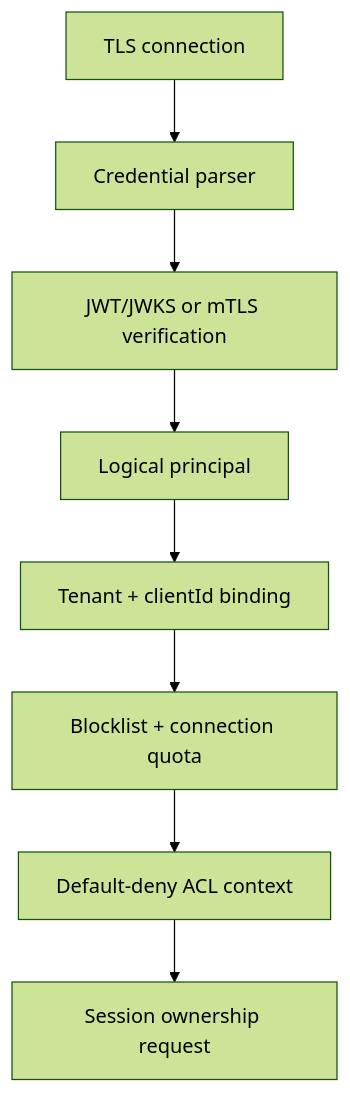
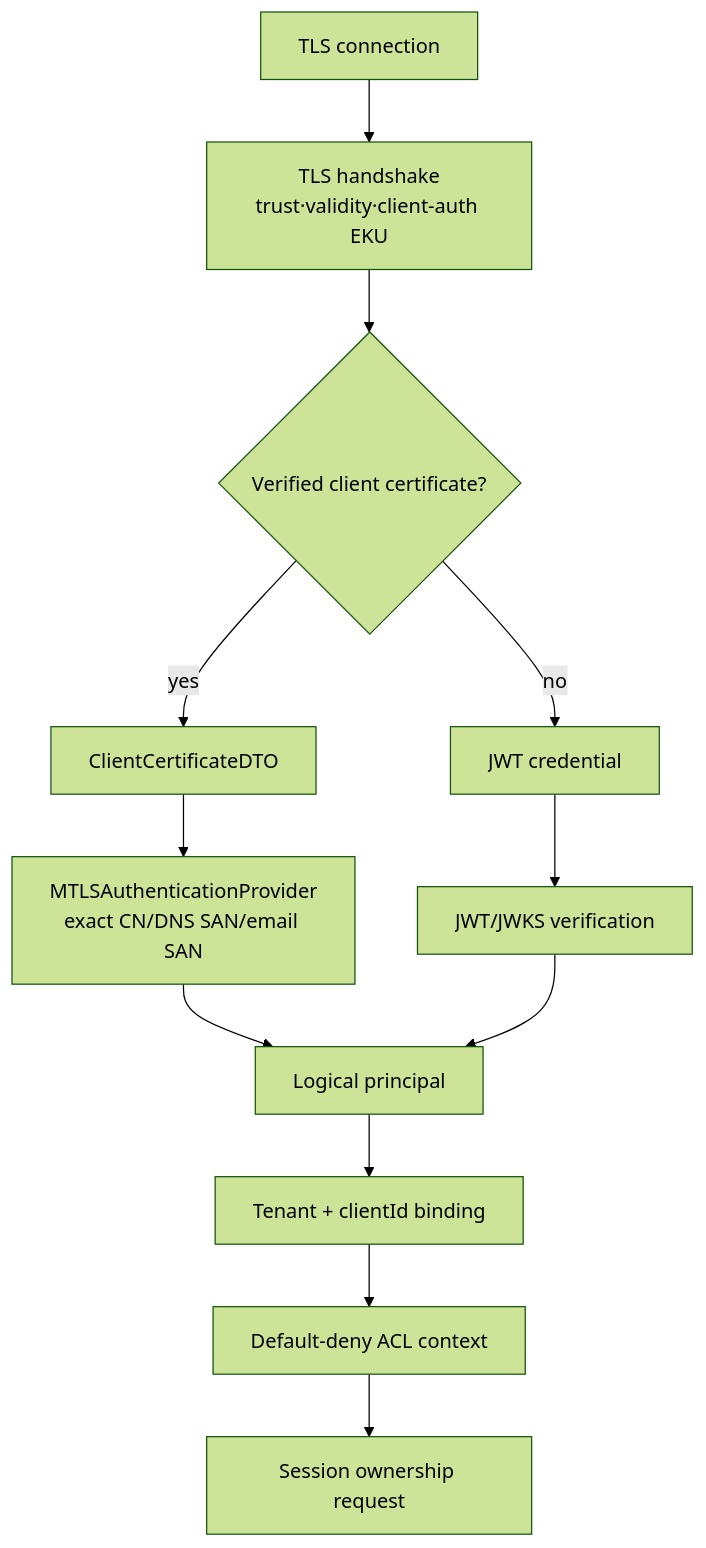
Before and after one commit to kayden-kim/narumq: the diagram in docs/explainers/authentication-tenant-binding-and-acl.md, drawn with Mermaid (forest theme). The commit also changed other lines of this file and 22 other files, not shown here.

Commit message:
feat: complete mTLS authentication flow

````diff
--- a/docs/explainers/authentication-tenant-binding-and-acl.md
+++ b/docs/explainers/authentication-tenant-binding-and-acl.md
@@ -45,10 +46,14 @@
 ```mermaid
 flowchart TD
-    A["TLS connection"] --> B["Credential parser"]
-    B --> C["JWT/JWKS or mTLS verification"]
-    C --> D["Logical principal"]
-    D --> E["Tenant + clientId binding"]
-    E --> F["Blocklist + connection quota"]
-    F --> G["Default-deny ACL context"]
-    G --> H["Session ownership request"]
+    A["TLS connection"] --> B["TLS handshake\ntrust·validity·client-auth EKU"]
+    B --> C{"Verified client certificate?"}
+    C -->|yes| D["ClientCertificateDTO"]
+    D --> E["MTLSAuthenticationProvider\nexact CN/DNS SAN/email SAN"]
+    C -->|no| F["JWT credential"]
+    F --> G["JWT/JWKS verification"]
+    E --> H["Logical principal"]
+    G --> H
+    H --> I["Tenant + clientId binding"]
+    I --> J["Default-deny ACL context"]
+    J --> K["Session ownership request"]
 ```
````
